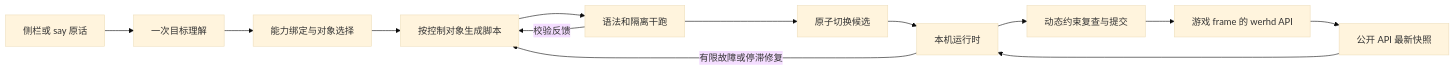
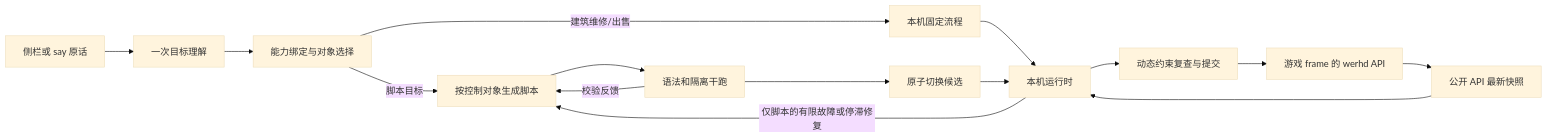
Before and after one commit to nanwangjkl/ra2commander: the diagram in doc/architecture/overview.md, drawn with Mermaid (base theme). The commit also changed other lines of this file and 32 other files, not shown here.

````diff
--- a/doc/architecture/overview.md
+++ b/doc/architecture/overview.md
@@ -19,15 +19,17 @@
 ```mermaid
 flowchart LR
     A[侧栏或 say 原话] --> B[一次目标理解]
     B --> C[能力绑定与对象选择]
-    C --> D[按控制对象生成脚本]
+    C -->|脚本目标| D[按控制对象生成脚本]
+    C -->|建筑维修/出售| N[本机固定流程]
+    N --> G
     D --> E[语法和隔离干跑]
     E --> F[原子切换候选]
     F --> G[本机运行时]
     H[公开 API 最新快照] --> G
     G --> I[动态约束复查与提交]
     I --> J[游戏 frame 的 werhd API]
     J --> H
     E -->|校验反馈| D
-    G -->|有限故障或停滞修复| D
+    G -->|仅脚本的有限故障或停滞修复| D
 ```
````
